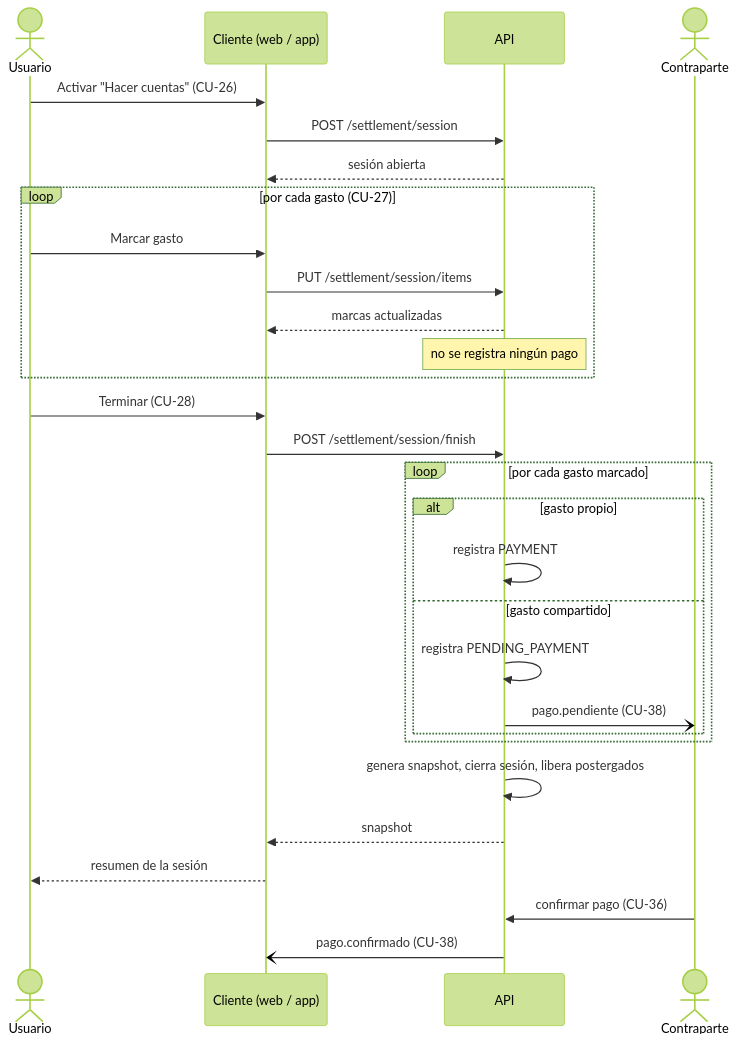
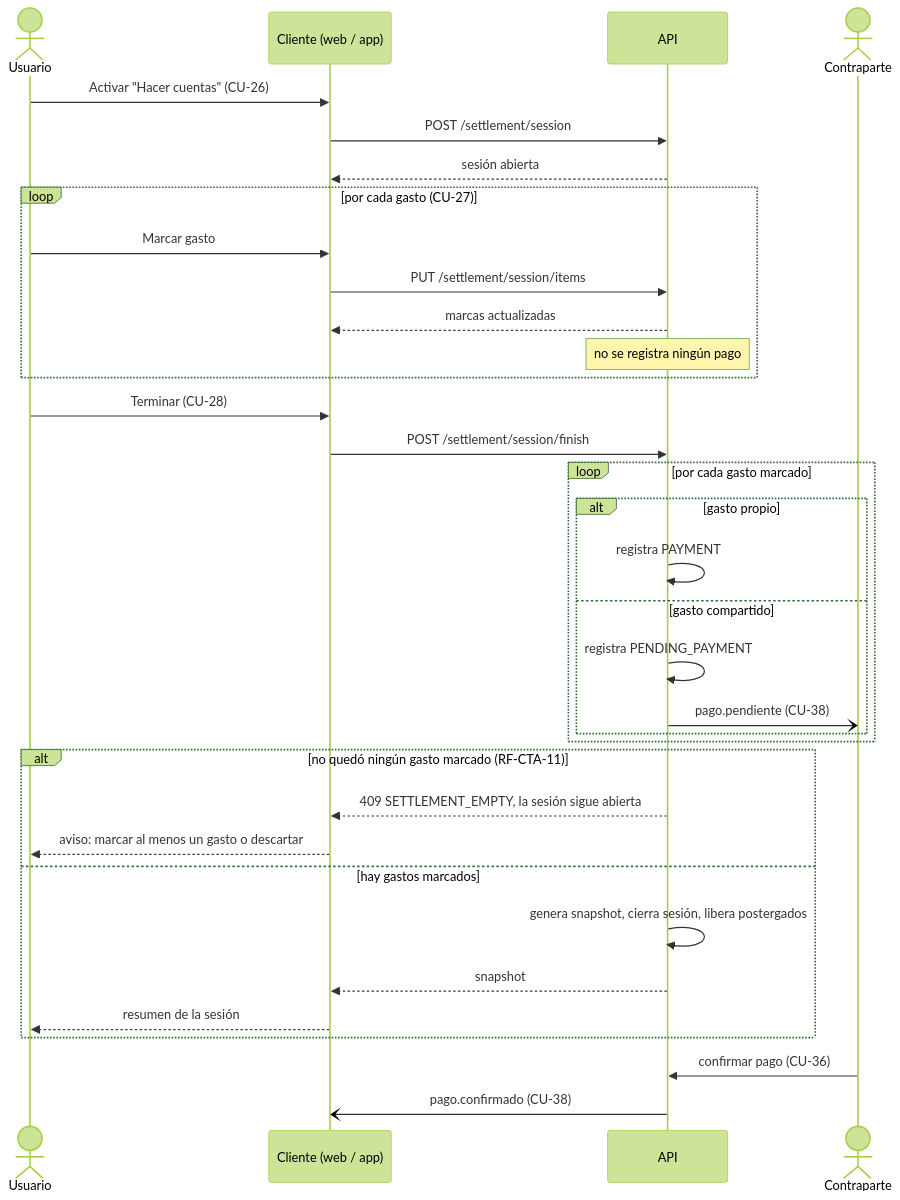
One commit to Gonn01/web-expense-manager changed the second of 2 diagrams in docs/casos-de-uso.md. Above: the diagram before and after it, drawn with Mermaid (forest theme). The commit also changed other lines of this file and 20 other files, not shown here.

````diff
--- a/docs/casos-de-uso.md
+++ b/docs/casos-de-uso.md
@@ -650,35 +653,40 @@
 ```mermaid
 sequenceDiagram
     actor U as Usuario
     participant C as Cliente (web / app)
     participant A as API
     actor X as Contraparte
 
     U->>C: Activar "Hacer cuentas" (CU-26)
     C->>A: POST /settlement/session
     A-->>C: sesión abierta
 
     loop por cada gasto (CU-27)
         U->>C: Marcar gasto
         C->>A: PUT /settlement/session/items
         A-->>C: marcas actualizadas
         Note over A: no se registra ningún pago
     end
 
     U->>C: Terminar (CU-28)
     C->>A: POST /settlement/session/finish
     loop por cada gasto marcado
         alt gasto propio
             A->>A: registra PAYMENT
         else gasto compartido
             A->>A: registra PENDING_PAYMENT
             A-)X: pago.pendiente (CU-38)
         end
     end
-    A->>A: genera snapshot, cierra sesión, libera postergados
-    A-->>C: snapshot
-    C-->>U: resumen de la sesión
+    alt no quedó ningún gasto marcado (RF-CTA-11)
+        A-->>C: 409 SETTLEMENT_EMPTY, la sesión sigue abierta
+        C-->>U: aviso: marcar al menos un gasto o descartar
+    else hay gastos marcados
+        A->>A: genera snapshot, cierra sesión, libera postergados
+        A-->>C: snapshot
+        C-->>U: resumen de la sesión
+    end
 
     X->>A: confirmar pago (CU-36)
     A-)C: pago.confirmado (CU-38)
 ```
````
